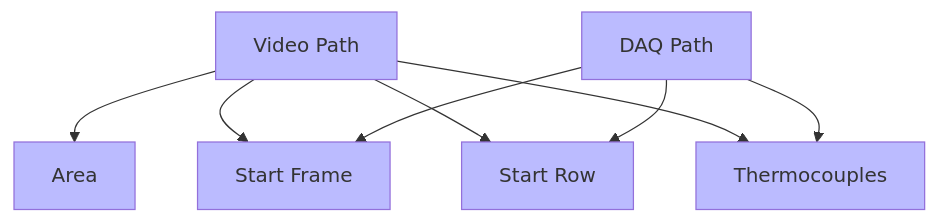
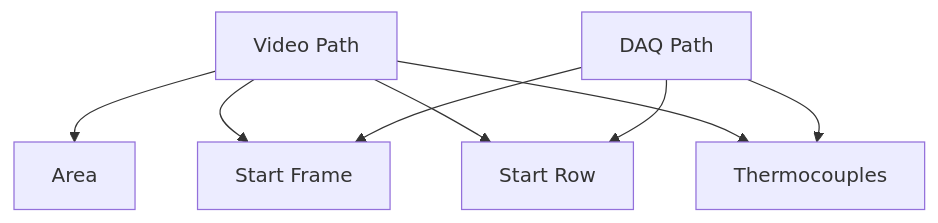
The second of 2 diagrams in README.md (starpact/tlc), drawn with Mermaid before and after one commit. The commit also changed other lines of this file, not shown here.

Commit message:
update deps graph

````diff
--- a/README.md
+++ b/README.md
@@ -43,16 +33,10 @@
 ```mermaid
 flowchart
     video_path[Video Path] --> area[Area]
     video_path[Video Path] --> start_frame[Start Frame]
     video_path[Video Path] --> start_row[Start Row]
     video_path[Video Path] --> thermocouples[Thermocouples]
     daq_path[DAQ Path] --> start_frame
     daq_path[DAQ Path] --> start_row
     daq_path[DAQ Path] --> thermocouples
-    style video_path fill:#bbf
-    style daq_path fill:#bbf
-    style start_frame fill:#bbf
-    style start_row fill:#bbf
-    style area fill:#bbf
-    style thermocouples fill:#bbf
 ```
````
